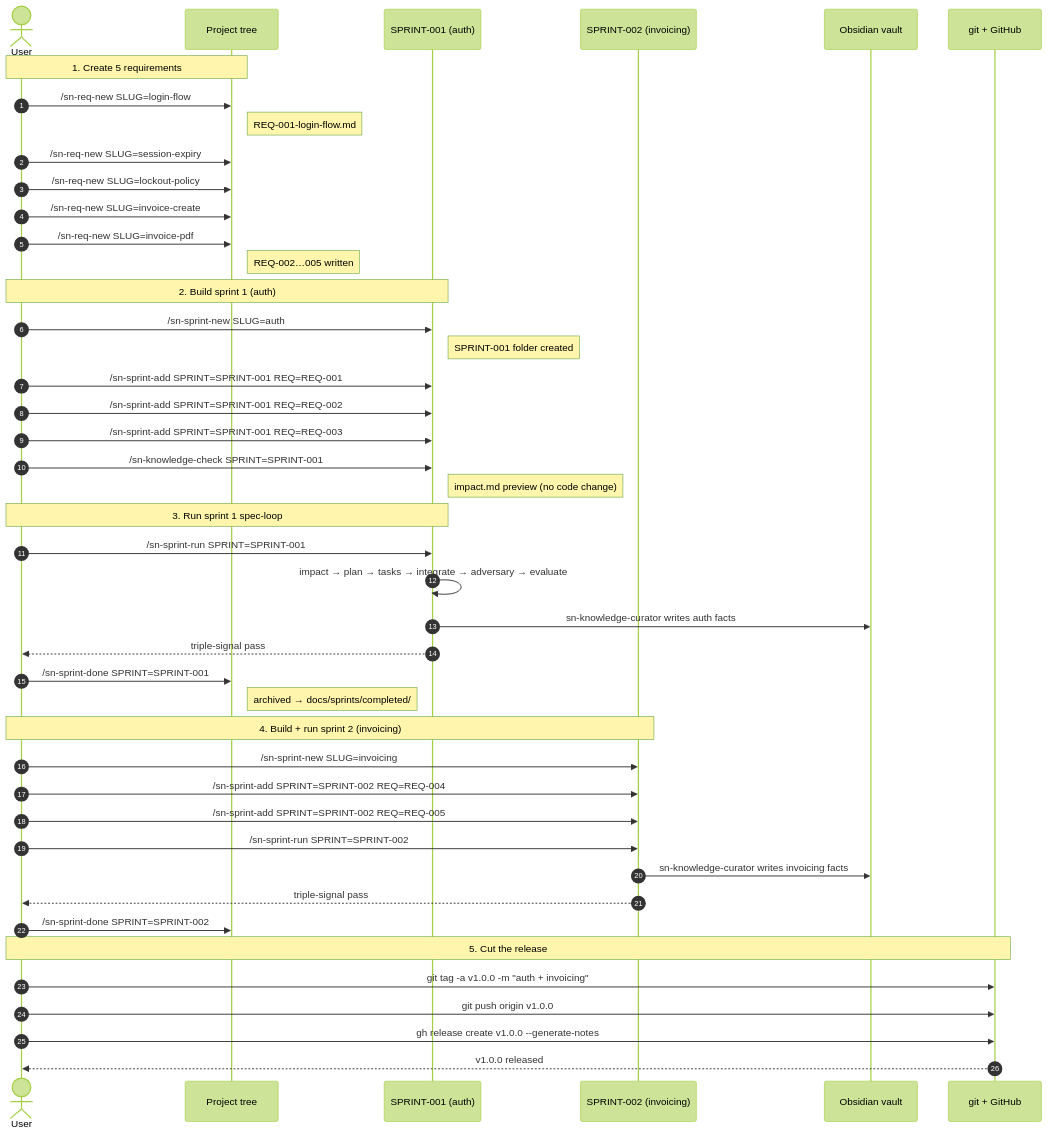
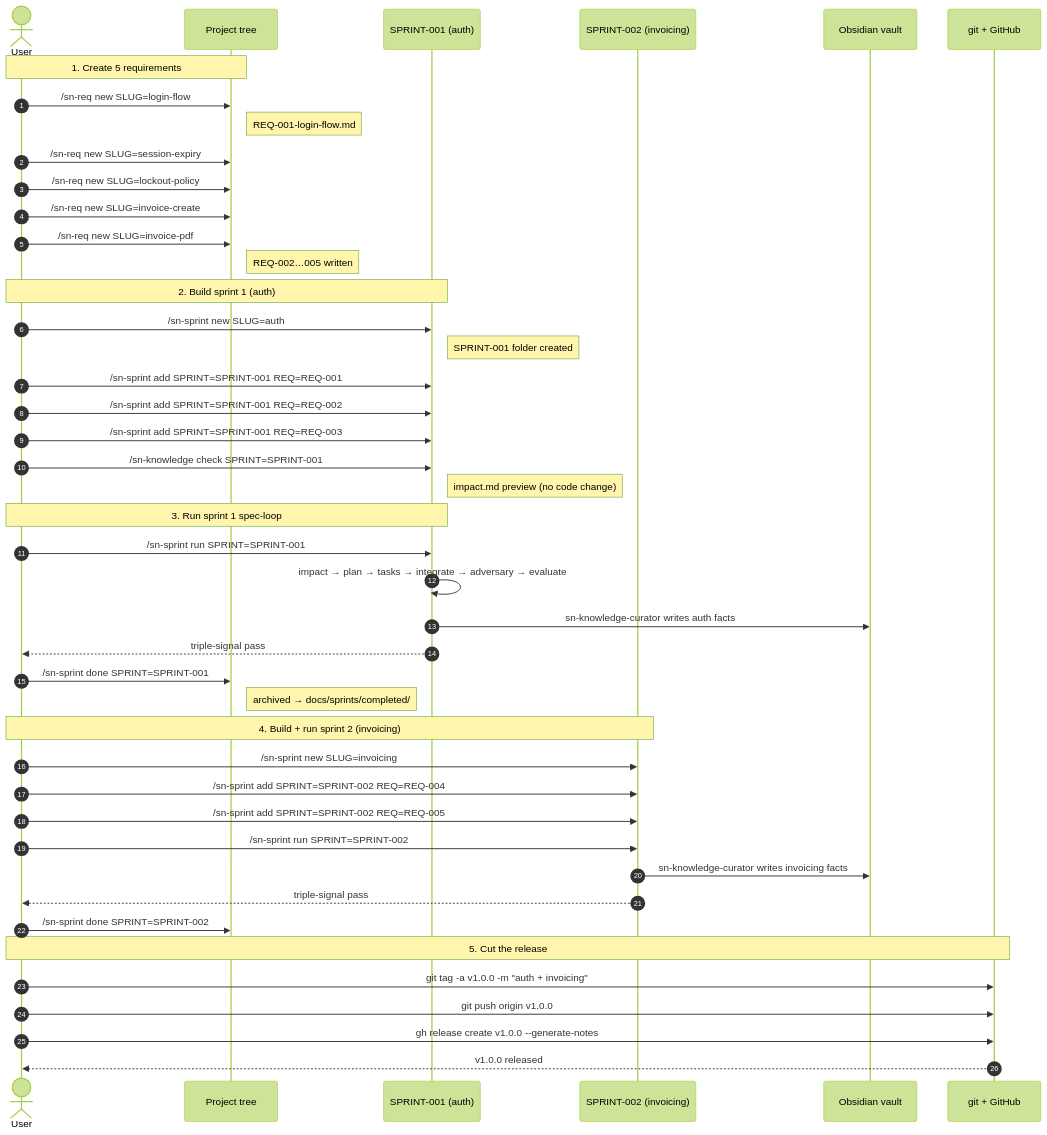
Before and after one commit to siripol/setup_project_plugin: the third of 3 diagrams in WORKFLOW.md, drawn with Mermaid (forest theme). The commit also changed other lines of this file and 37 other files, not shown here.

````diff
--- a/WORKFLOW.md
+++ b/WORKFLOW.md
@@ -330,51 +330,51 @@
 ```mermaid
 sequenceDiagram
     autonumber
     actor U as User
     participant FS as Project tree
     participant S1 as SPRINT-001 (auth)
     participant S2 as SPRINT-002 (invoicing)
     participant V as Obsidian vault
     participant GH as git + GitHub
 
     Note over U,FS: 1. Create 5 requirements
-    U->>FS: /sn-req-new SLUG=login-flow
+    U->>FS: /sn-req new SLUG=login-flow
     Note right of FS: REQ-001-login-flow.md
-    U->>FS: /sn-req-new SLUG=session-expiry
-    U->>FS: /sn-req-new SLUG=lockout-policy
-    U->>FS: /sn-req-new SLUG=invoice-create
-    U->>FS: /sn-req-new SLUG=invoice-pdf
+    U->>FS: /sn-req new SLUG=session-expiry
+    U->>FS: /sn-req new SLUG=lockout-policy
+    U->>FS: /sn-req new SLUG=invoice-create
+    U->>FS: /sn-req new SLUG=invoice-pdf
     Note right of FS: REQ-002…005 written
 
     Note over U,S1: 2. Build sprint 1 (auth)
-    U->>S1: /sn-sprint-new SLUG=auth
+    U->>S1: /sn-sprint new SLUG=auth
     Note right of S1: SPRINT-001 folder created
-    U->>S1: /sn-sprint-add SPRINT=SPRINT-001 REQ=REQ-001
-    U->>S1: /sn-sprint-add SPRINT=SPRINT-001 REQ=REQ-002
-    U->>S1: /sn-sprint-add SPRINT=SPRINT-001 REQ=REQ-003
-    U->>S1: /sn-knowledge-check SPRINT=SPRINT-001
+    U->>S1: /sn-sprint add SPRINT=SPRINT-001 REQ=REQ-001
+    U->>S1: /sn-sprint add SPRINT=SPRINT-001 REQ=REQ-002
+    U->>S1: /sn-sprint add SPRINT=SPRINT-001 REQ=REQ-003
+    U->>S1: /sn-knowledge check SPRINT=SPRINT-001
     Note right of S1: impact.md preview (no code change)
 
     Note over U,S1: 3. Run sprint 1 spec-loop
-    U->>S1: /sn-sprint-run SPRINT=SPRINT-001
+    U->>S1: /sn-sprint run SPRINT=SPRINT-001
     S1->>S1: impact → plan → tasks → integrate → adversary → evaluate
     S1->>V: sn-knowledge-curator writes auth facts
     S1-->>U: triple-signal pass
-    U->>FS: /sn-sprint-done SPRINT=SPRINT-001
+    U->>FS: /sn-sprint done SPRINT=SPRINT-001
     Note right of FS: archived → docs/sprints/completed/
 
     Note over U,S2: 4. Build + run sprint 2 (invoicing)
-    U->>S2: /sn-sprint-new SLUG=invoicing
-    U->>S2: /sn-sprint-add SPRINT=SPRINT-002 REQ=REQ-004
-    U->>S2: /sn-sprint-add SPRINT=SPRINT-002 REQ=REQ-005
-    U->>S2: /sn-sprint-run SPRINT=SPRINT-002
+    U->>S2: /sn-sprint new SLUG=invoicing
+    U->>S2: /sn-sprint add SPRINT=SPRINT-002 REQ=REQ-004
+    U->>S2: /sn-sprint add SPRINT=SPRINT-002 REQ=REQ-005
+    U->>S2: /sn-sprint run SPRINT=SPRINT-002
     S2->>V: sn-knowledge-curator writes invoicing facts
     S2-->>U: triple-signal pass
-    U->>FS: /sn-sprint-done SPRINT=SPRINT-002
+    U->>FS: /sn-sprint done SPRINT=SPRINT-002
 
     Note over U,GH: 5. Cut the release
     U->>GH: git tag -a v1.0.0 -m "auth + invoicing"
     U->>GH: git push origin v1.0.0
     U->>GH: gh release create v1.0.0 --generate-notes
     GH-->>U: v1.0.0 released
 ```
````
